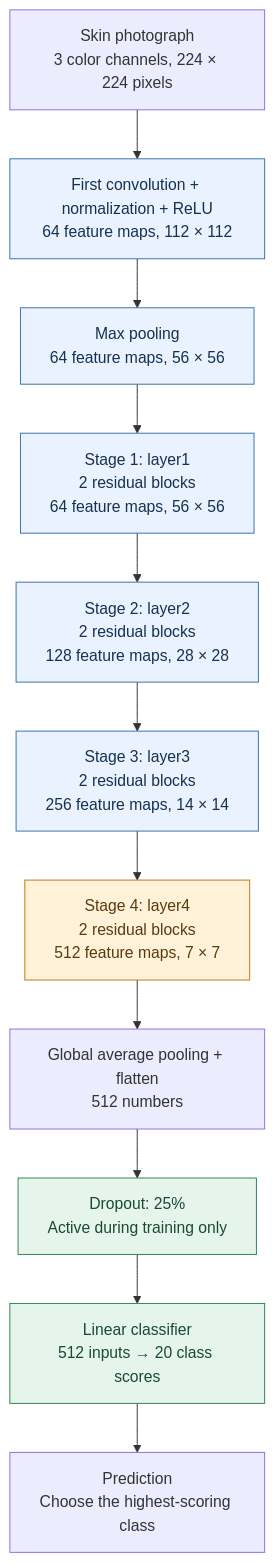
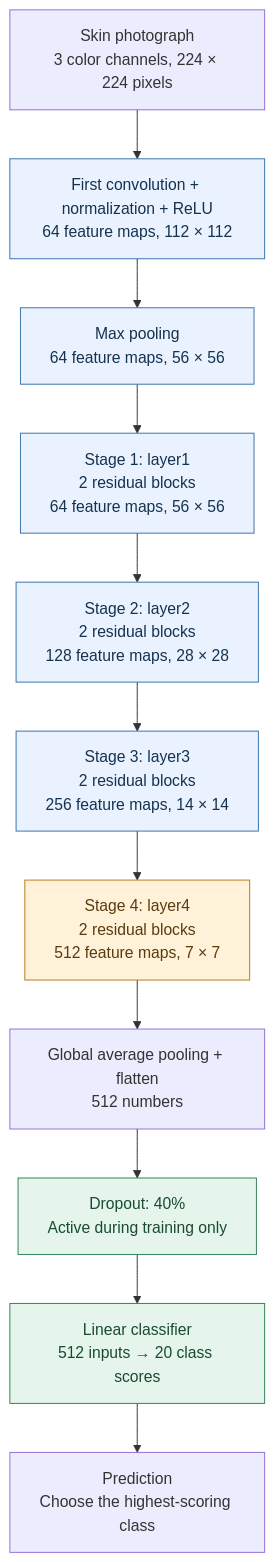
One commit to Kevoharvey/DermaXRAI changed the first of 3 diagrams in model/model.md. Above: the diagram before and after it, drawn with Mermaid. The commit also changed other lines of this file and 1 other file, not shown here.

````diff
--- a/model/model.md
+++ b/model/model.md
@@ -17,21 +17,21 @@
 ```mermaid
 flowchart TD
     A["Skin photograph<br/>3 color channels, 224 × 224 pixels"]
     B["First convolution + normalization + ReLU<br/>64 feature maps, 112 × 112"]
     C["Max pooling<br/>64 feature maps, 56 × 56"]
     D["Stage 1: layer1<br/>2 residual blocks<br/>64 feature maps, 56 × 56"]
     E["Stage 2: layer2<br/>2 residual blocks<br/>128 feature maps, 28 × 28"]
     F["Stage 3: layer3<br/>2 residual blocks<br/>256 feature maps, 14 × 14"]
     G["Stage 4: layer4<br/>2 residual blocks<br/>512 feature maps, 7 × 7"]
     H["Global average pooling + flatten<br/>512 numbers"]
-    I["Dropout: 25%<br/>Active during training only"]
+    I["Dropout: 40%<br/>Active during training only"]
     J["Linear classifier<br/>512 inputs → 20 class scores"]
     K["Prediction<br/>Choose the highest-scoring class"]
     A --> B --> C --> D --> E --> F --> G --> H --> I --> J --> K
     classDef frozen fill:#eaf2ff,stroke:#3973ac,color:#15324f;
     classDef tuned fill:#fff2d8,stroke:#bd7b19,color:#593b10;
     classDef head fill:#e6f5eb,stroke:#338258,color:#194b32;
     class B,C,D,E,F frozen;
     class G tuned;
     class I,J head;
 ```
````
